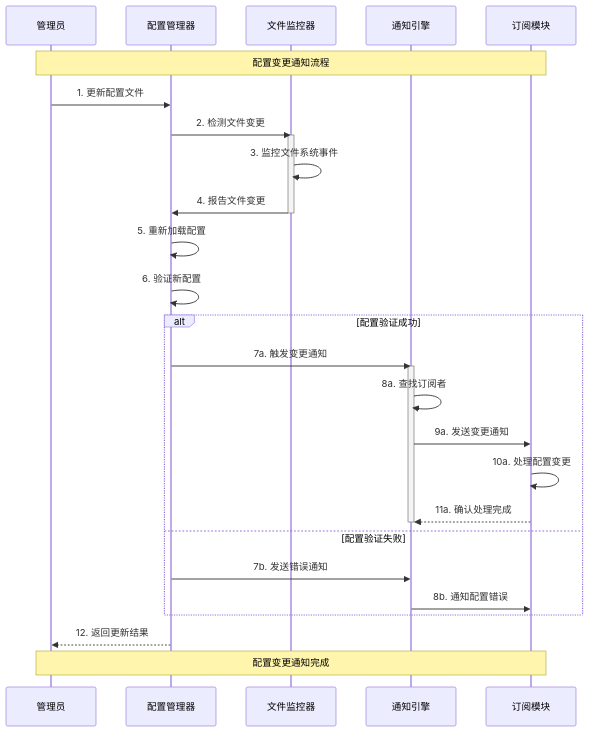
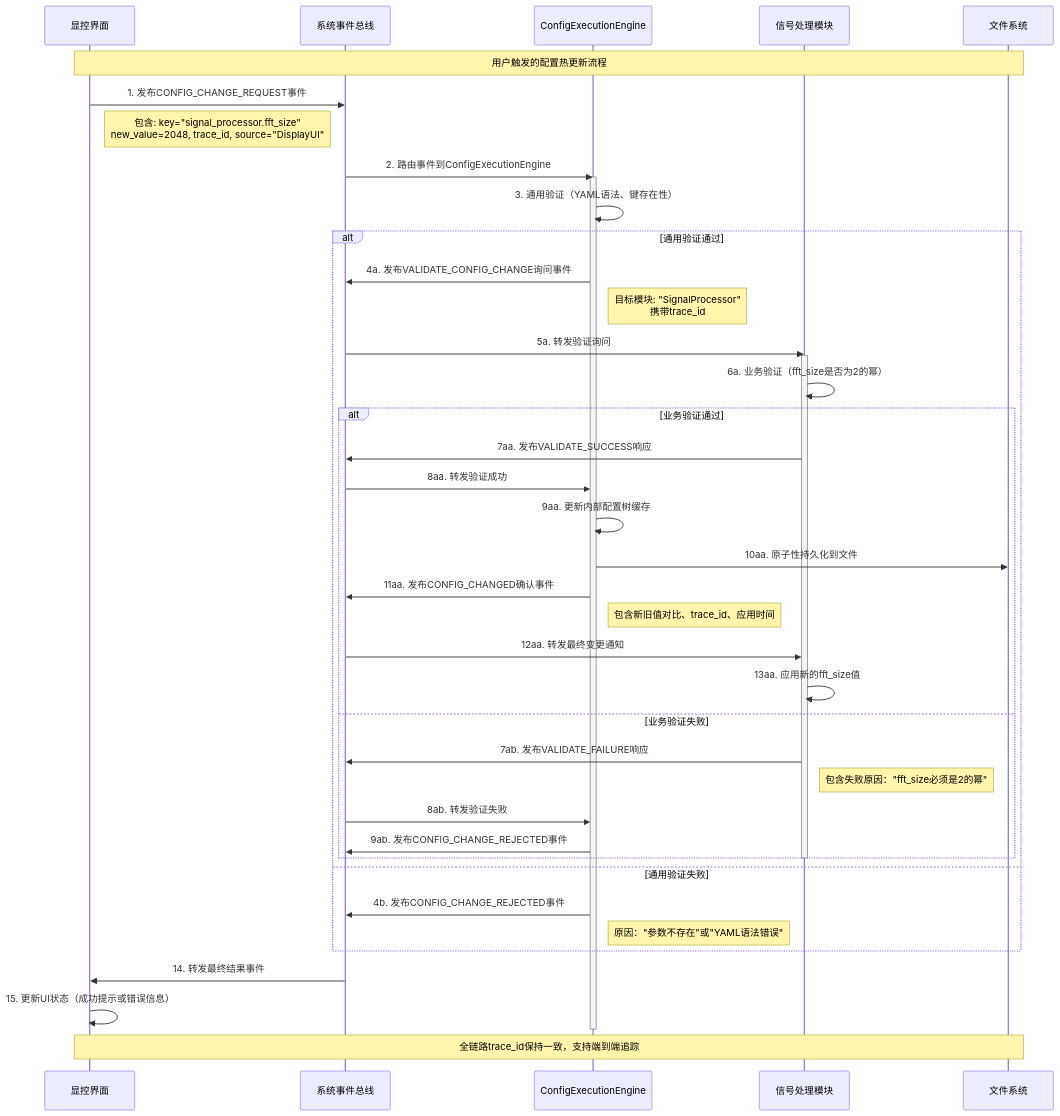
The ninth of 14 diagrams in docs/01_项目设计/02_模块设计/06_配置管理模块设计.md (wendizhou99-cell/Radar), drawn with Mermaid before and after one commit. The commit also changed other lines of this file and 22 other files, not shown here.

````diff
--- a/docs/01_项目设计/02_模块设计/06_配置管理模块设计.md
+++ b/docs/01_项目设计/02_模块设计/06_配置管理模块设计.md
@@ -635,37 +926,57 @@
 ```mermaid
 sequenceDiagram
-    participant Admin as 管理员
-    participant ConfigMgr as 配置管理器
-    participant FileWatcher as 文件监控器
-    participant NotifyEngine as 通知引擎
-    participant Module as 订阅模块
+    participant DisplayUI as 显控界面
+    participant EventBus as 系统事件总线
+    participant ConfigEngine as ConfigExecutionEngine
+    participant SignalProc as 信号处理模块
+    participant FileSystem as 文件系统
 
-    Note over Admin,Module: 配置变更通知流程
+    Note over DisplayUI,FileSystem: 用户触发的配置热更新流程
 
-    Admin->>ConfigMgr: 1. 更新配置文件
-    ConfigMgr->>FileWatcher: 2. 检测文件变更
-    activate FileWatcher
-    FileWatcher->>FileWatcher: 3. 监控文件系统事件
-    FileWatcher->>ConfigMgr: 4. 报告文件变更
-    deactivate FileWatcher
+    DisplayUI->>EventBus: 1. 发布CONFIG_CHANGE_REQUEST事件
+    Note right of DisplayUI: 包含: key="signal_processor.fft_size"<br/>new_value=2048, trace_id, source="DisplayUI"
 
-    ConfigMgr->>ConfigMgr: 5. 重新加载配置
-    ConfigMgr->>ConfigMgr: 6. 验证新配置
+    EventBus->>ConfigEngine: 2. 路由事件到ConfigExecutionEngine
+    activate ConfigEngine
 
-    alt 配置验证成功
-        ConfigMgr->>NotifyEngine: 7a. 触发变更通知
-        activate NotifyEngine
-        NotifyEngine->>NotifyEngine: 8a. 查找订阅者
-        NotifyEngine->>Module: 9a. 发送变更通知
-        Module->>Module: 10a. 处理配置变更
-        Module-->>NotifyEngine: 11a. 确认处理完成
-        deactivate NotifyEngine
-    else 配置验证失败
-        ConfigMgr->>NotifyEngine: 7b. 发送错误通知
-        NotifyEngine->>Module: 8b. 通知配置错误
+    ConfigEngine->>ConfigEngine: 3. 通用验证（YAML语法、键存在性）
+
+    alt 通用验证通过
+        ConfigEngine->>EventBus: 4a. 发布VALIDATE_CONFIG_CHANGE询问事件
+        Note right of ConfigEngine: 目标模块: "SignalProcessor"<br/>携带trace_id
+
+        EventBus->>SignalProc: 5a. 转发验证询问
+        activate SignalProc
+        SignalProc->>SignalProc: 6a. 业务验证（fft_size是否为2的幂）
+
+        alt 业务验证通过
+            SignalProc->>EventBus: 7aa. 发布VALIDATE_SUCCESS响应
+            EventBus->>ConfigEngine: 8aa. 转发验证成功
+
+            ConfigEngine->>ConfigEngine: 9aa. 更新内部配置树缓存
+            ConfigEngine->>FileSystem: 10aa. 原子性持久化到文件
+            ConfigEngine->>EventBus: 11aa. 发布CONFIG_CHANGED确认事件
+            Note right of ConfigEngine: 包含新旧值对比、trace_id、应用时间
+
+            EventBus->>SignalProc: 12aa. 转发最终变更通知
+            SignalProc->>SignalProc: 13aa. 应用新的fft_size值
+
+        else 业务验证失败
+            SignalProc->>EventBus: 7ab. 发布VALIDATE_FAILURE响应
+            Note right of SignalProc: 包含失败原因："fft_size必须是2的幂"
+            EventBus->>ConfigEngine: 8ab. 转发验证失败
+            ConfigEngine->>EventBus: 9ab. 发布CONFIG_CHANGE_REJECTED事件
+        end
+        deactivate SignalProc
+
+    else 通用验证失败
+        ConfigEngine->>EventBus: 4b. 发布CONFIG_CHANGE_REJECTED事件
+        Note right of ConfigEngine: 原因："参数不存在"或"YAML语法错误"
     end
 
-    ConfigMgr-->>Admin: 12. 返回更新结果
+    EventBus->>DisplayUI: 14. 转发最终结果事件
+    DisplayUI->>DisplayUI: 15. 更新UI状态（成功提示或错误信息）
+    deactivate ConfigEngine
 
-    Note over Admin,Module: 配置变更通知完成
+    Note over DisplayUI,FileSystem: 全链路trace_id保持一致，支持端到端追踪
 ```
````
